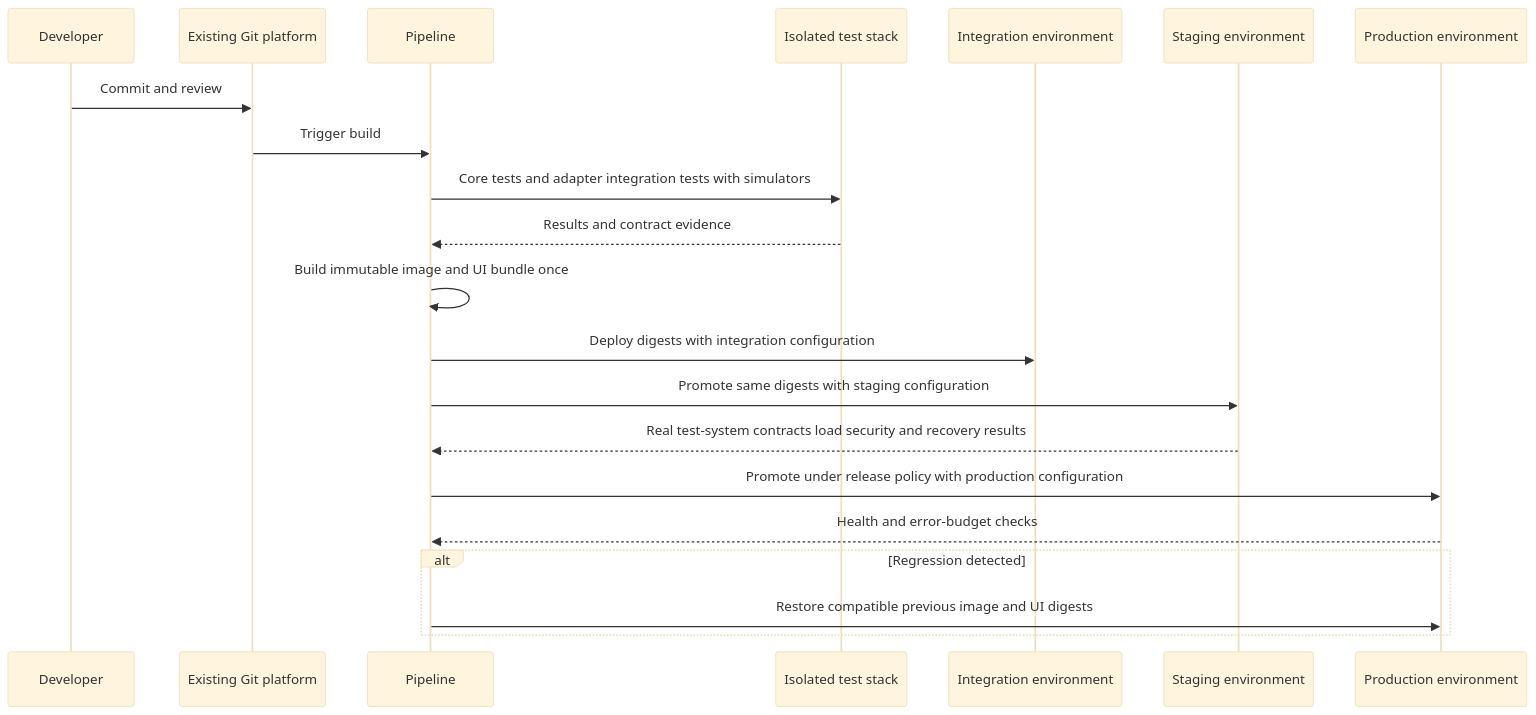
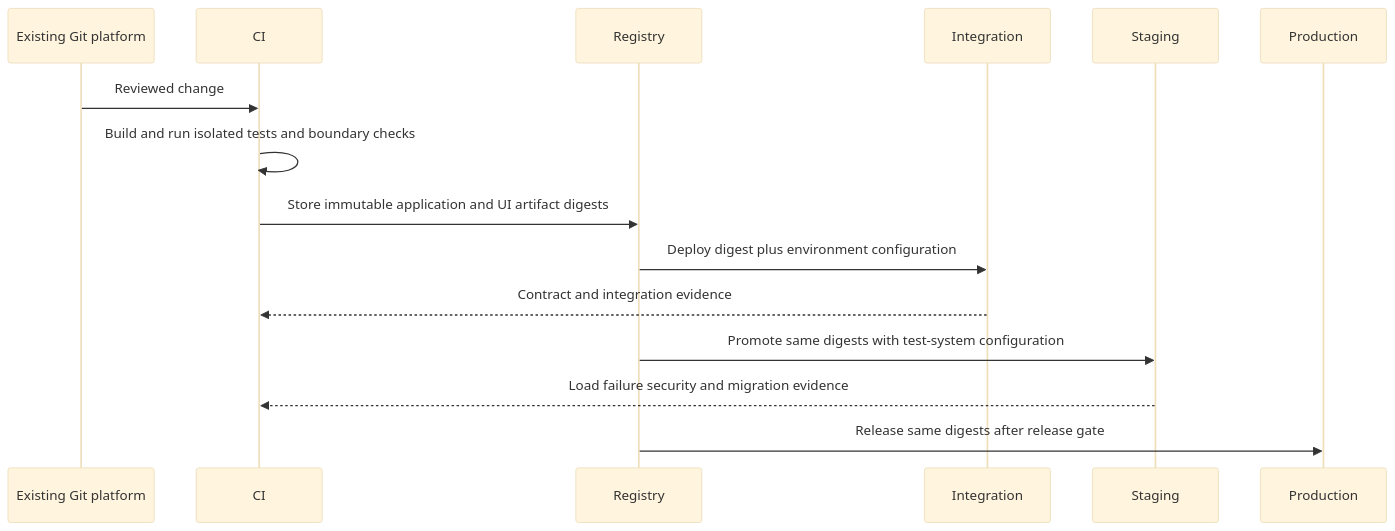
Diagram 13 of 13 in HPS/design/architecture.md (yoona96/ADD_Codex), drawn with Mermaid (base theme) before and after one commit. The commit also changed other lines of this file and 13 other files, not shown here.

````diff
--- a/HPS/design/architecture.md
+++ b/HPS/design/architecture.md
@@ -477,23 +400,17 @@
 ```mermaid
 sequenceDiagram
-    participant Dev as Developer
     participant Git as Existing Git platform
-    participant CI as Pipeline
-    participant Local as Isolated test stack
-    participant Int as Integration environment
-    participant Stage as Staging environment
-    participant Prod as Production environment
-    Dev->>Git: Commit and review
-    Git->>CI: Trigger build
-    CI->>Local: Core tests and adapter integration tests with simulators
-    Local-->>CI: Results and contract evidence
-    CI->>CI: Build immutable image and UI bundle once
-    CI->>Int: Deploy digests with integration configuration
-    CI->>Stage: Promote same digests with staging configuration
-    Stage-->>CI: Real test-system contracts load security and recovery results
-    CI->>Prod: Promote under release policy with production configuration
-    Prod-->>CI: Health and error-budget checks
-    alt Regression detected
-        CI->>Prod: Restore compatible previous image and UI digests
-    end
+    participant CI
+    participant Registry
+    participant Integration
+    participant Staging
+    participant Production
+    Git->>CI: Reviewed change
+    CI->>CI: Build and run isolated tests and boundary checks
+    CI->>Registry: Store immutable application and UI artifact digests
+    Registry->>Integration: Deploy digest plus environment configuration
+    Integration-->>CI: Contract and integration evidence
+    Registry->>Staging: Promote same digests with test-system configuration
+    Staging-->>CI: Load failure security and migration evidence
+    Registry->>Production: Release same digests after release gate
 ```
````
